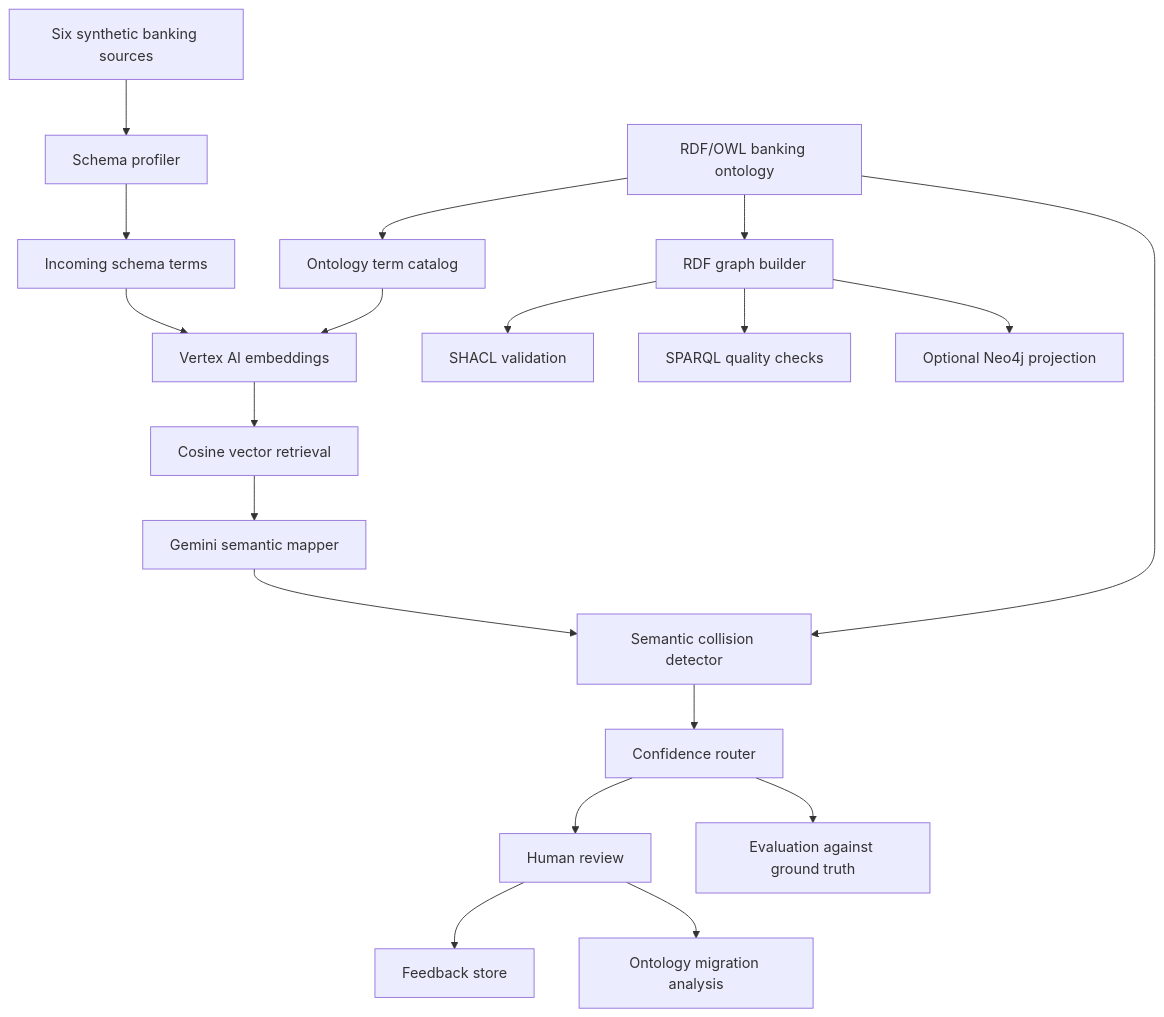
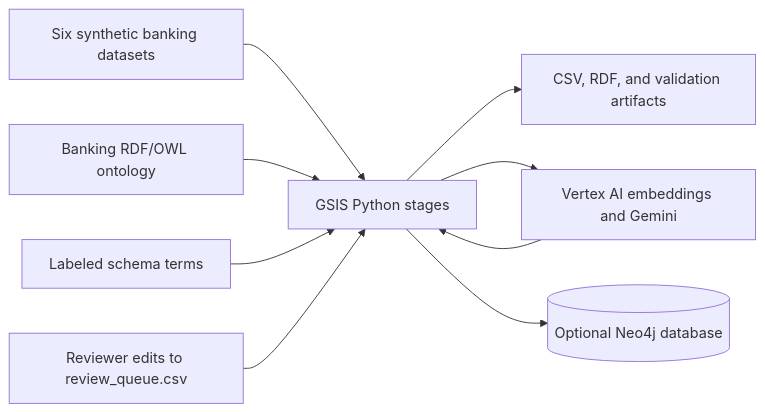
One commit to eixilmayur-create/gsis-banking changed the first of 2 diagrams in docs/ARCHITECTURE.md. Above: the diagram before and after it, drawn with Mermaid. The commit also changed other lines of this file and 1 other file, not shown here.

Commit message:
Clarify GSIS architecture and stage boundaries

````diff
--- a/docs/ARCHITECTURE.md
+++ b/docs/ARCHITECTURE.md
@@ -9,21 +7,11 @@
 ```mermaid
-flowchart TD
-    A[Six synthetic banking sources] --> B[Schema profiler]
-    B --> C[Incoming schema terms]
-    D[RDF/OWL banking ontology] --> E[Ontology term catalog]
-    C --> F[Vertex AI embeddings]
-    E --> F
-    F --> G[Cosine vector retrieval]
-    G --> H[Gemini semantic mapper]
-    D --> I[RDF graph builder]
-    I --> J[SHACL validation]
-    I --> K[SPARQL quality checks]
-    H --> L[Semantic collision detector]
-    D --> L
-    L --> M[Confidence router]
-    M --> N[Human review]
-    N --> O[Feedback store]
-    N --> P[Ontology migration analysis]
-    M --> Q[Evaluation against ground truth]
-    I --> R[Optional Neo4j projection]
+flowchart LR
+    S[Six synthetic banking datasets] --> P[GSIS Python stages]
+    O[Banking RDF/OWL ontology] --> P
+    T[Labeled schema terms] --> P
+    P --> A[CSV, RDF, and validation artifacts]
+    P --> V[Vertex AI embeddings and Gemini]
+    V --> P
+    H[Reviewer edits to review_queue.csv] --> P
+    P --> N[(Optional Neo4j database)]
 ```
````
